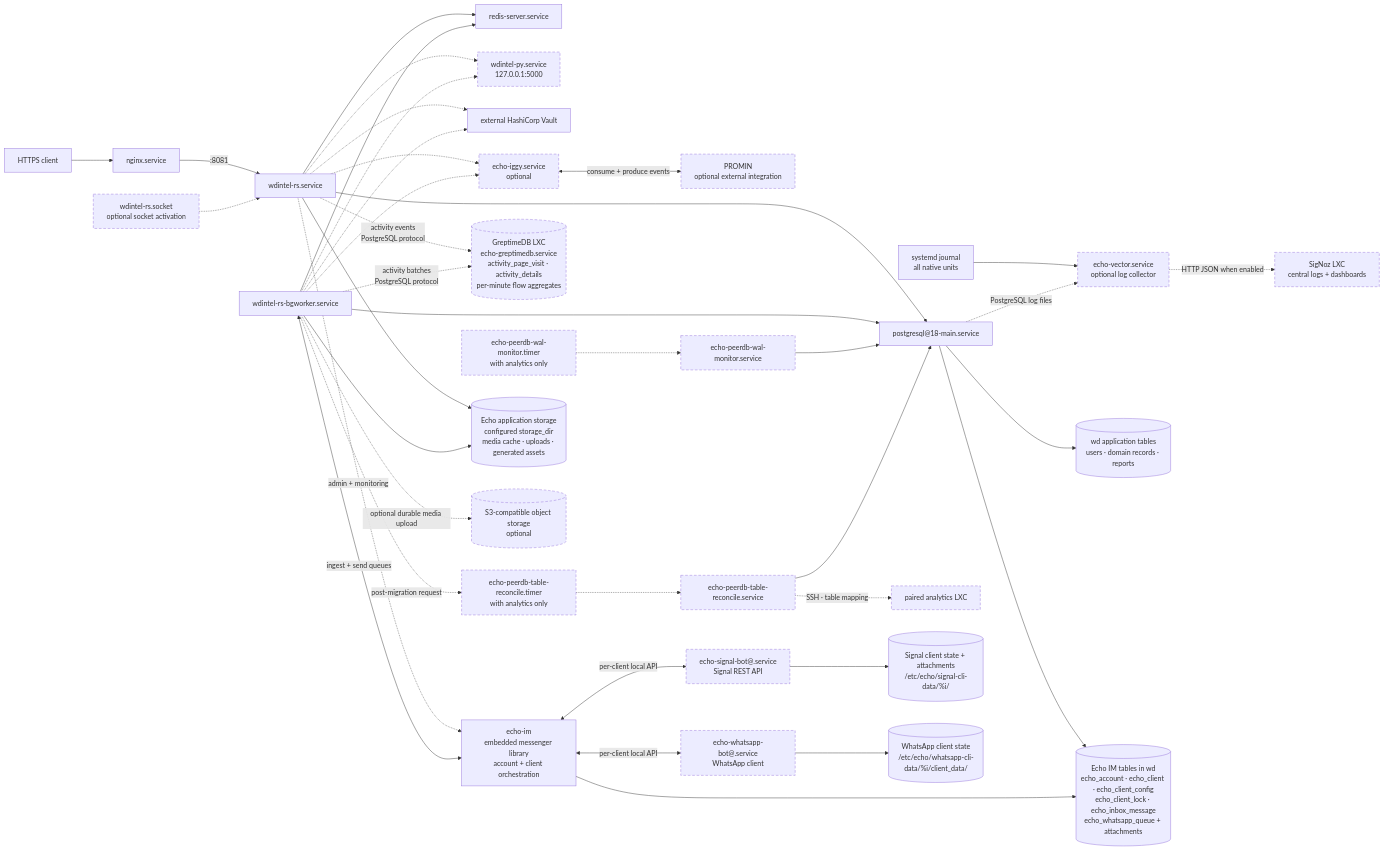
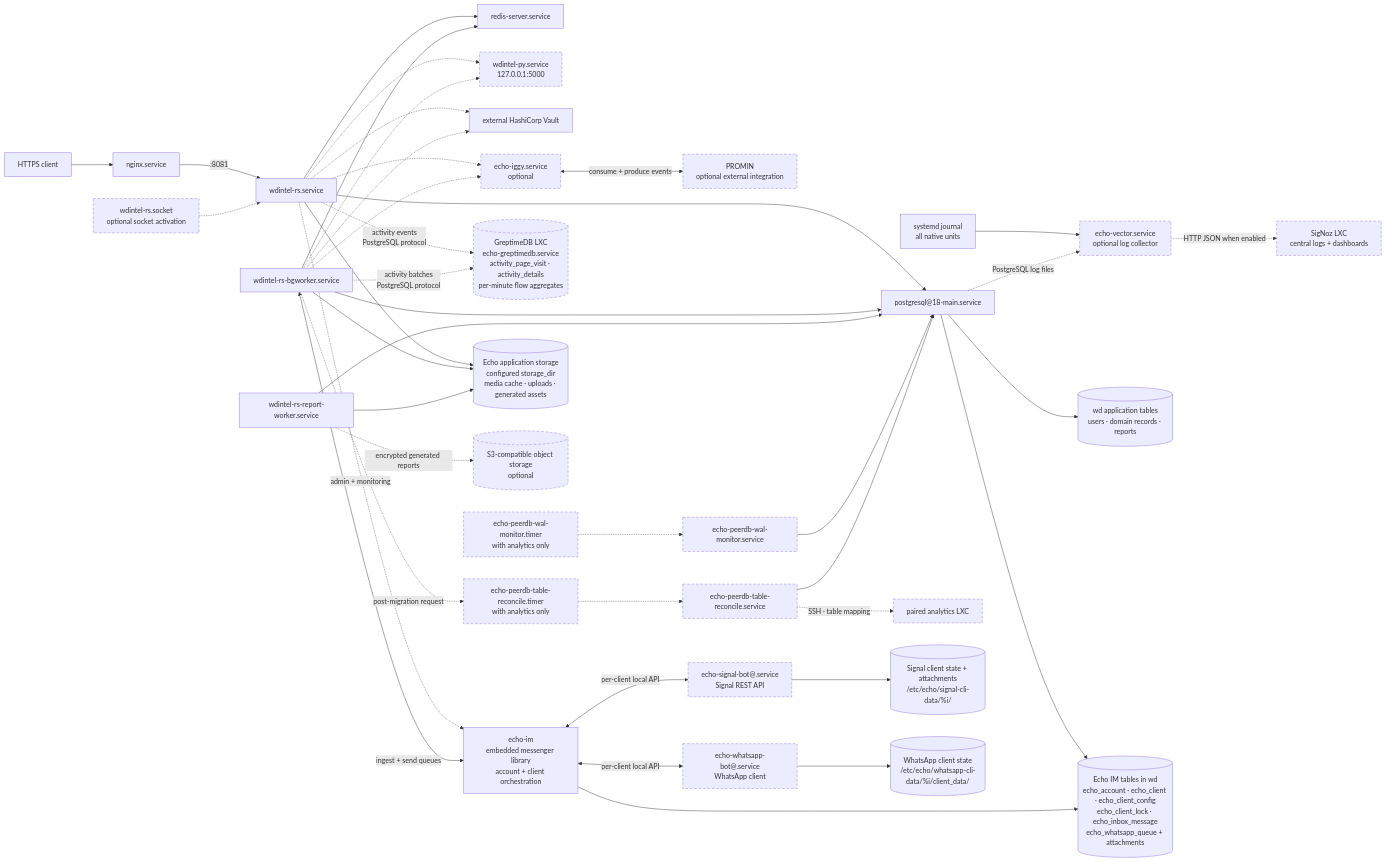
The second of 5 diagrams in docs/README.md (murczyk/echo), drawn with Mermaid before and after one commit. The commit also changed other lines of this file and 12 other files, not shown here.

````diff
--- a/docs/README.md
+++ b/docs/README.md
@@ -145,44 +145,46 @@
 ```mermaid
 flowchart LR
     browser["HTTPS client"] --> nginx["nginx.service"]
     nginx -->|:8081| api["wdintel-rs.service"]
     socket["wdintel-rs.socket<br/>optional socket activation"] -.-> api
     api --> postgres["postgresql@18-main.service"]
     bg["wdintel-rs-bgworker.service"] --> postgres
+    reports["wdintel-rs-report-worker.service"] --> postgres
     api --> redis["redis-server.service"]
     bg --> redis
     api -.-> nlp["wdintel-py.service<br/>127.0.0.1:5000"]
     bg -.-> nlp
     api -.-> vault["external HashiCorp Vault"]
     bg -.-> vault
     api -.-> iggy["echo-iggy.service<br/>optional"]
     bg -.-> iggy
     iggy <-->|consume + produce events| promin["PROMIN<br/>optional external integration"]
     api -.->|admin + monitoring| echo_im["echo-im<br/>embedded messenger library<br/>account + client orchestration"]
     bg <-->|ingest + send queues| echo_im
     echo_im <-->|per-client local API| signal["echo-signal-bot@.service<br/>Signal REST API"]
     echo_im <-->|per-client local API| whatsapp["echo-whatsapp-bot@.service<br/>WhatsApp client"]
     journal["systemd journal<br/>all native units"] --> vector["echo-vector.service<br/>optional log collector"]
     postgres -.->|PostgreSQL log files| vector
     vector -.->|HTTP JSON when enabled| signoz["SigNoz LXC<br/>central logs + dashboards"]
     api -.->|activity events<br/>PostgreSQL protocol| greptime[("GreptimeDB LXC<br/>echo-greptimedb.service<br/>activity_page_visit · activity_details<br/>per-minute flow aggregates")]
     bg -.->|activity batches<br/>PostgreSQL protocol| greptime
     wal_timer["echo-peerdb-wal-monitor.timer<br/>with analytics only"] -.-> wal_check["echo-peerdb-wal-monitor.service"]
     wal_check --> postgres
     bg -.->|post-migration request| table_timer["echo-peerdb-table-reconcile.timer<br/>with analytics only"]
     table_timer -.-> table_reconcile["echo-peerdb-table-reconcile.service"]
     table_reconcile --> postgres
     table_reconcile -.->|SSH · table mapping| analytics["paired analytics LXC"]
 
     postgres --> postgres_data[("wd application tables<br/>users · domain records · reports")]
     postgres --> echo_im_data[("Echo IM tables in wd<br/>echo_account · echo_client · echo_client_config<br/>echo_client_lock · echo_inbox_message<br/>echo_whatsapp_queue + attachments")]
     echo_im --> echo_im_data
     signal --> signal_data[("Signal client state + attachments<br/>/etc/echo/signal-cli-data/%i/")]
     whatsapp --> whatsapp_data[("WhatsApp client state<br/>/etc/echo/whatsapp-cli-data/%i/client_data/")]
     api --> app_storage[("Echo application storage<br/>configured storage_dir<br/>media cache · uploads · generated assets")]
     bg --> app_storage
-    bg -.->|optional durable media upload| s3[("S3-compatible object storage<br/>optional")]
+    reports --> app_storage
+    reports -.->|encrypted generated reports| s3[("S3-compatible object storage<br/>optional")]
 
     classDef optional stroke-dasharray:6 4
     class socket,nlp,iggy,promin,signal,whatsapp,vector,signoz,greptime,s3,wal_timer,wal_check,table_timer,table_reconcile,analytics optional
 ```
````
